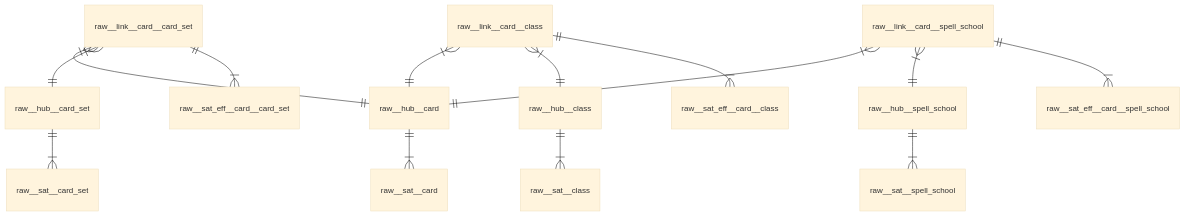
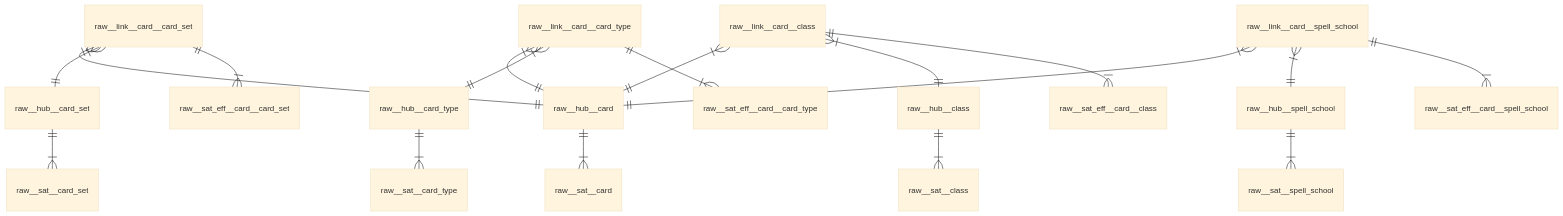
The second of 3 diagrams in README.md (mattiasthalen/arcane-insight), drawn with Mermaid (base theme) before and after one commit.

Commit message:
Add card type to DV erd

````diff
--- a/README.md
+++ b/README.md
@@ -46,19 +46,24 @@
 ```mermaid
 erDiagram
     raw__hub__card ||--|{ raw__sat__card: ""
     raw__hub__card_set ||--|{ raw__sat__card_set: ""
+    raw__hub__card_type ||--|{ raw__sat__card_type: ""
     raw__hub__class ||--|{ raw__sat__class: ""
     raw__hub__spell_school ||--|{ raw__sat__spell_school: ""
     
     raw__link__card__card_set }|--|| raw__hub__card: ""
     raw__link__card__card_set }|--|| raw__hub__card_set: ""
     raw__link__card__card_set ||--|{ raw__sat_eff__card__card_set: ""
+    
+    raw__link__card__card_type }|--|| raw__hub__card: ""
+    raw__link__card__card_type }|--|| raw__hub__card_type: ""
+    raw__link__card__card_type ||--|{ raw__sat_eff__card__card_type: ""
     
     raw__link__card__class }|--|| raw__hub__card: ""
     raw__link__card__class }|--|| raw__hub__class: ""
     raw__link__card__class ||--|{ raw__sat_eff__card__class: ""
     
     raw__link__card__spell_school }|--|| raw__hub__card: ""
     raw__link__card__spell_school }|--|| raw__hub__spell_school: ""
     raw__link__card__spell_school ||--|{ raw__sat_eff__card__spell_school: ""
 ```
````
